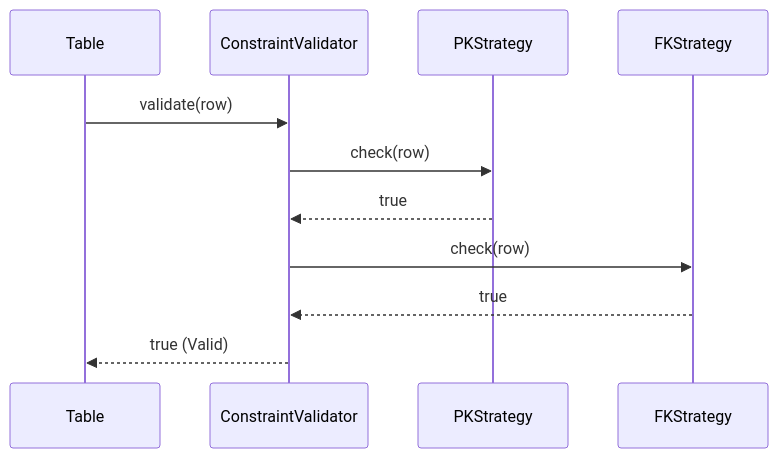
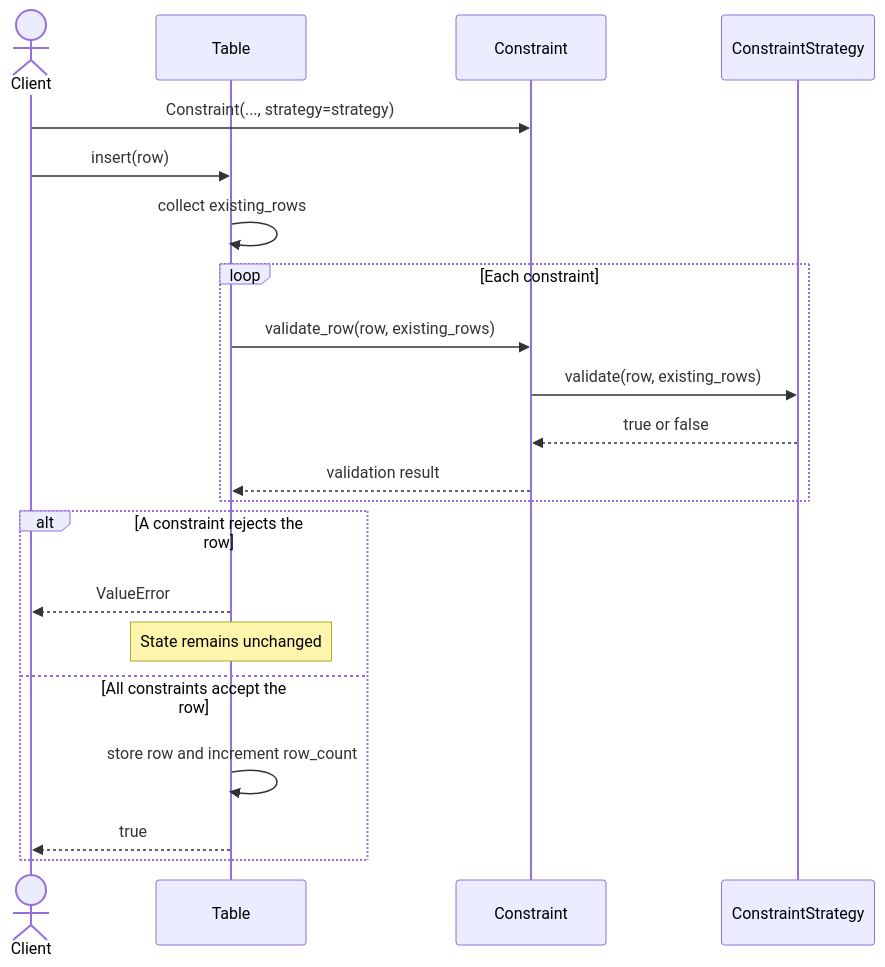
One commit to taitran501/DBMS changed the third of 21 diagrams in README.md. Above: the diagram before and after it, drawn with Mermaid. The commit also changed other lines of this file and 1 other file, not shown here.

Commit message:
docs(database_object): update Builder and Strategy pattern in sequence diagrams

````diff
--- a/README.md
+++ b/README.md
@@ -741,14 +794,24 @@
 ```mermaid
 sequenceDiagram
+    actor Client
     participant Table
-    participant ConstraintValidator
-    participant PKStrategy
-    participant FKStrategy
+    participant Constraint
+    participant ConstraintStrategy
 
-    Table->>ConstraintValidator: validate(row)
-    ConstraintValidator->>PKStrategy: check(row)
-    PKStrategy-->>ConstraintValidator: true
-    ConstraintValidator->>FKStrategy: check(row)
-    FKStrategy-->>ConstraintValidator: true
-    ConstraintValidator-->>Table: true (Valid)
+    Client->>Constraint: Constraint(..., strategy=strategy)
+    Client->>Table: insert(row)
+    Table->>Table: collect existing_rows
+    loop Each constraint
+        Table->>Constraint: validate_row(row, existing_rows)
+        Constraint->>ConstraintStrategy: validate(row, existing_rows)
+        ConstraintStrategy-->>Constraint: true or false
+        Constraint-->>Table: validation result
+    end
+    alt A constraint rejects the row
+        Table-->>Client: ValueError
+        Note over Table: State remains unchanged
+    else All constraints accept the row
+        Table->>Table: store row and increment row_count
+        Table-->>Client: true
+    end
 ```
````
